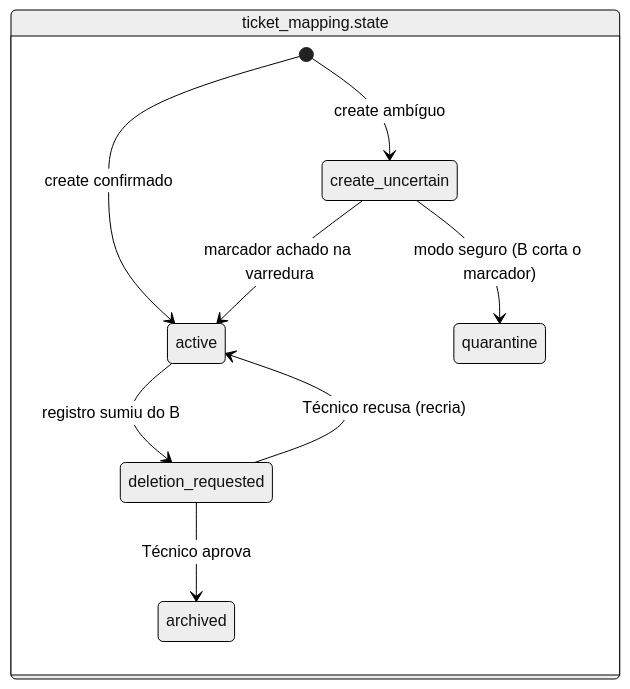
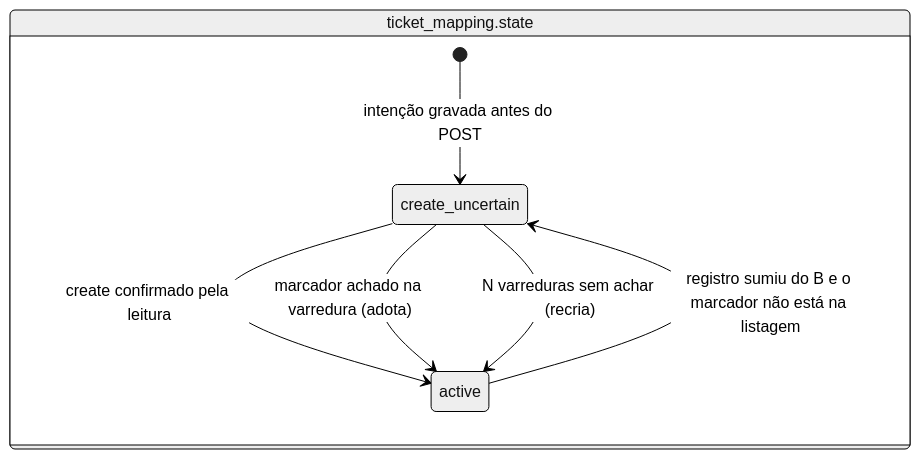
Before and after one commit to BossBurgues/desafiotecCyberCorp: the seventh of 8 diagrams in docs/architecture.md, drawn with Mermaid (neutral theme). The commit also changed other lines of this file, not shown here.

First line of the commit message:
docs: architecture com o escopo entregue (um ambiente, sem auditor, B → A como desenho)

````diff
--- a/docs/architecture.md
+++ b/docs/architecture.md
@@ -217,13 +218,11 @@
 ```mermaid
 stateDiagram-v2
   direction LR
   state "ticket_mapping.state" as M {
-    [*] --> active: create confirmado
-    [*] --> create_uncertain: create ambíguo
-    create_uncertain --> active: marcador achado na varredura
-    create_uncertain --> quarantine: modo seguro (B corta o marcador)
-    active --> deletion_requested: registro sumiu do B
-    deletion_requested --> archived: Técnico aprova
-    deletion_requested --> active: Técnico recusa (recria)
+    [*] --> create_uncertain: intenção gravada antes do POST
+    create_uncertain --> active: create confirmado pela leitura
+    create_uncertain --> active: marcador achado na varredura (adota)
+    create_uncertain --> active: N varreduras sem achar (recria)
+    active --> create_uncertain: registro sumiu do B e o marcador não está na listagem
   }
 ```
````
